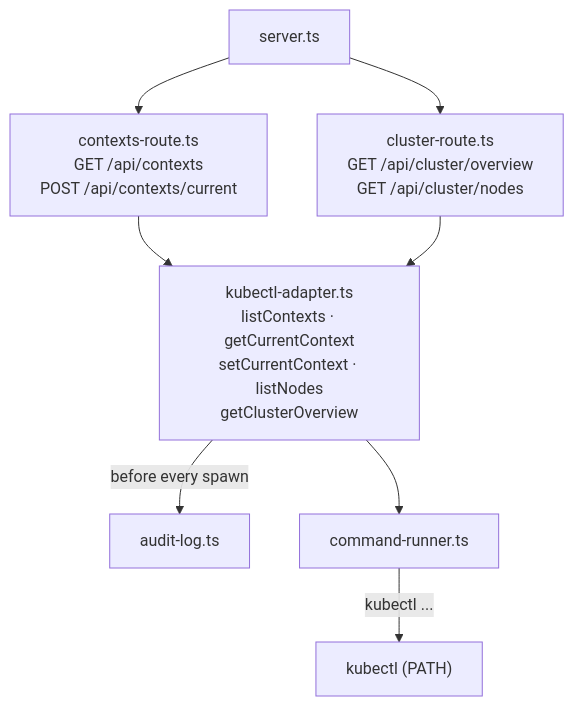
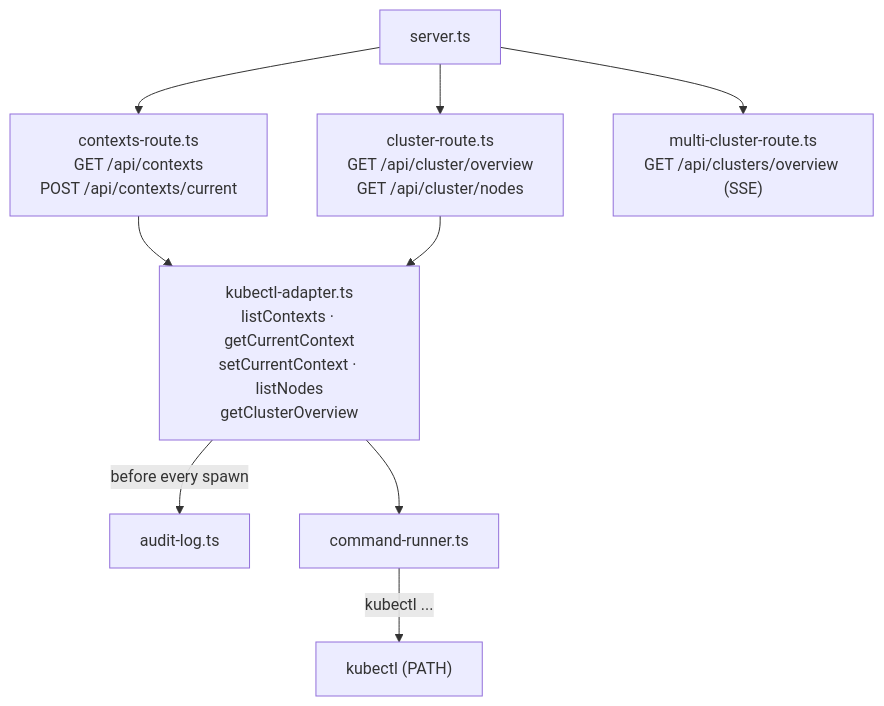
Before and after one commit to ashleydavis/karse: the third of 3 diagrams in docs/architecture.md, drawn with Mermaid. The commit also changed other lines of this file and 28 other files, not shown here.

````diff
--- a/docs/architecture.md
+++ b/docs/architecture.md
@@ -46,19 +46,21 @@
 ```mermaid
 graph TD
     srv["server.ts"]
     cr["contexts-route.ts\nGET /api/contexts\nPOST /api/contexts/current"]
     clr["cluster-route.ts\nGET /api/cluster/overview\nGET /api/cluster/nodes"]
+    mcr["multi-cluster-route.ts\nGET /api/clusters/overview (SSE)"]
     srv --> cr
     srv --> clr
+    srv --> mcr
 
     KA["kubectl-adapter.ts\nlistContexts · getCurrentContext\nsetCurrentContext · listNodes\ngetClusterOverview"]
 
     al["audit-log.ts"]
     cmdr["command-runner.ts"]
 
     cr --> KA
     clr --> KA
     KA -->|before every spawn| al
     KA --> cmdr
     cmdr -->|"kubectl ..."| kb["kubectl (PATH)"]
 ```
````
